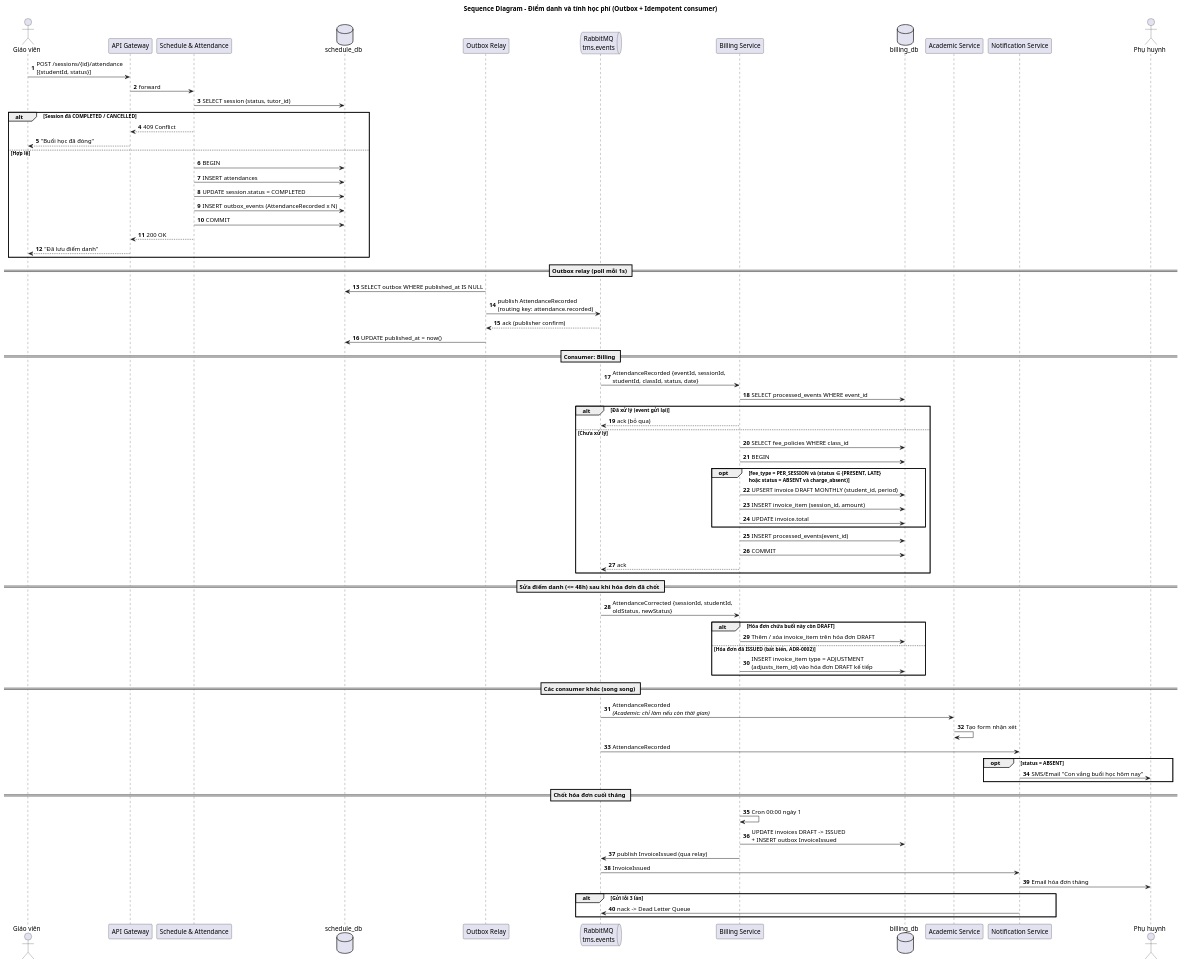
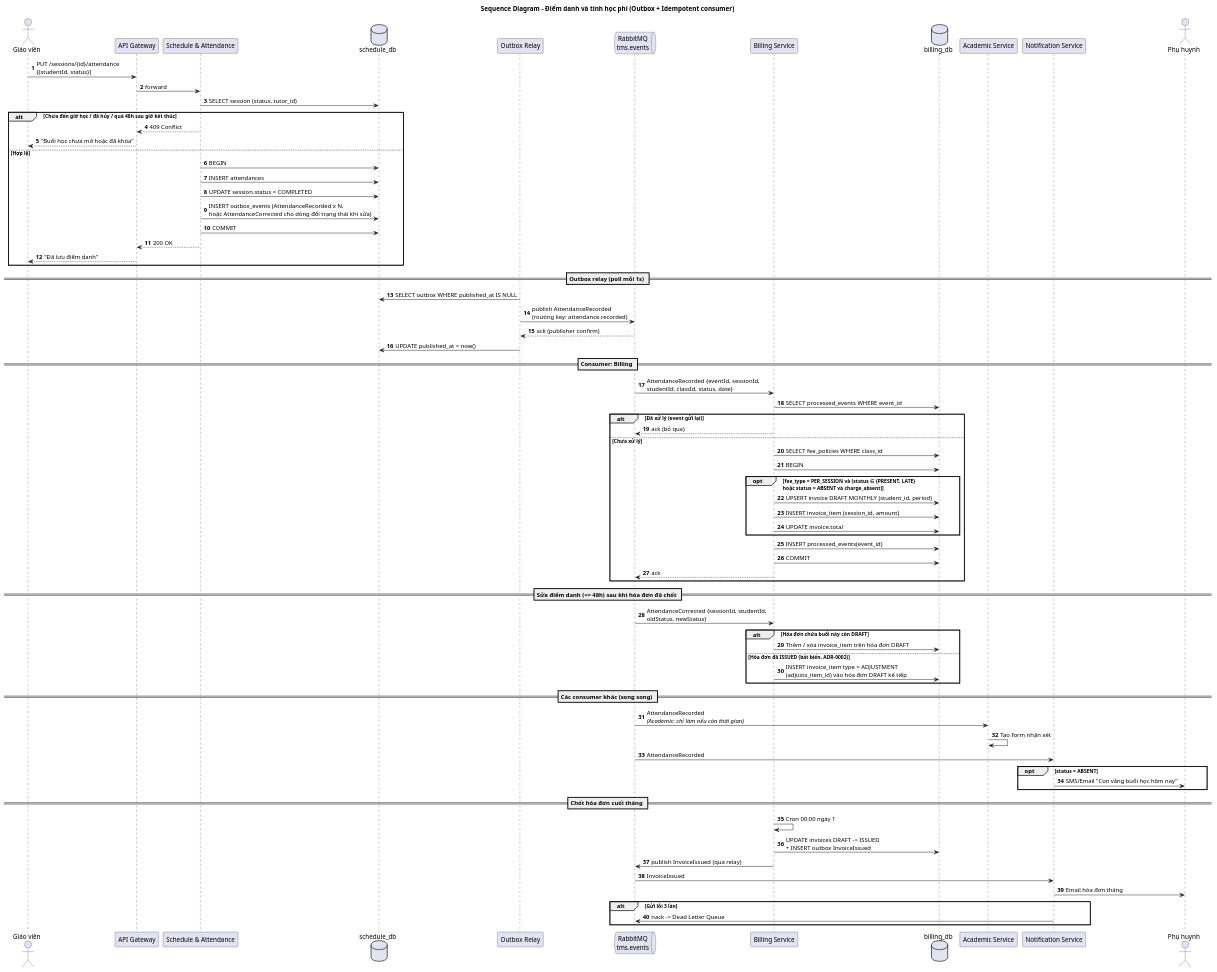
Before and after one commit to thuanbui-1203/private-tutor-management-system: the diagram in docs/diagrams/08-sequence-attendance-billing.puml, drawn with PlantUML. The commit also changed 9 other files, not shown here.

```diff
--- a/docs/diagrams/08-sequence-attendance-billing.puml
+++ b/docs/diagrams/08-sequence-attendance-billing.puml
@@ -1,85 +1,85 @@
 @startuml 08-sequence-attendance-billing
 ' Sequence diagram - Điểm danh -> Billing -> Notification (Outbox + Idempotency)
 title Sequence Diagram - Điểm danh và tính học phí (Outbox + Idempotent consumer)
 autonumber
 skinparam responseMessageBelowArrow true
 
 actor "Giáo viên" as U
 participant "API Gateway" as GW
 participant "Schedule & Attendance" as Sc
 database "schedule_db" as ScDB
 participant "Outbox Relay" as Relay
 queue "RabbitMQ\ntms.events" as MQ
 participant "Billing Service" as Bi
 database "billing_db" as BiDB
 participant "Academic Service" as Ac
 participant "Notification Service" as No
 actor "Phụ huynh" as P
 
-U -> GW : POST /sessions/{id}/attendance\n[{studentId, status}]
+U -> GW : PUT /sessions/{id}/attendance\n[{studentId, status}]
 GW -> Sc : forward
 Sc -> ScDB : SELECT session (status, tutor_id)
-alt Session đã COMPLETED / CANCELLED
+alt Chưa đến giờ học / đã hủy / quá 48h sau giờ kết thúc
   Sc --> GW : 409 Conflict
-  GW --> U : "Buổi học đã đóng"
+  GW --> U : "Buổi học chưa mở hoặc đã khóa"
 else Hợp lệ
   Sc -> ScDB : BEGIN
   Sc -> ScDB : INSERT attendances
   Sc -> ScDB : UPDATE session.status = COMPLETED
-  Sc -> ScDB : INSERT outbox_events (AttendanceRecorded x N)
+  Sc -> ScDB : INSERT outbox_events (AttendanceRecorded x N,\nhoặc AttendanceCorrected cho dòng đổi trạng thái khi sửa)
   Sc -> ScDB : COMMIT
   Sc --> GW : 200 OK
   GW --> U : "Đã lưu điểm danh"
 end
 
 == Outbox relay (poll mỗi 1s) ==
 Relay -> ScDB : SELECT outbox WHERE published_at IS NULL
 Relay -> MQ : publish AttendanceRecorded\n(routing key: attendance.recorded)
 MQ --> Relay : ack (publisher confirm)
 Relay -> ScDB : UPDATE published_at = now()
 
 == Consumer: Billing ==
 MQ -> Bi : AttendanceRecorded {eventId, sessionId,\nstudentId, classId, status, date}
 Bi -> BiDB : SELECT processed_events WHERE event_id
 alt Đã xử lý (event gửi lại)
   Bi --> MQ : ack (bỏ qua)
 else Chưa xử lý
   Bi -> BiDB : SELECT fee_policies WHERE class_id
   Bi -> BiDB : BEGIN
   opt fee_type = PER_SESSION và (status ∈ {PRESENT, LATE}\nhoặc status = ABSENT và charge_absent)
     Bi -> BiDB : UPSERT invoice DRAFT MONTHLY (student_id, period)
     Bi -> BiDB : INSERT invoice_item (session_id, amount)
     Bi -> BiDB : UPDATE invoice.total
   end
   Bi -> BiDB : INSERT processed_events(event_id)
   Bi -> BiDB : COMMIT
   Bi --> MQ : ack
 end
 
 == Sửa điểm danh (<= 48h) sau khi hóa đơn đã chốt ==
 MQ -> Bi : AttendanceCorrected {sessionId, studentId,\noldStatus, newStatus}
 alt Hóa đơn chứa buổi này còn DRAFT
   Bi -> BiDB : Thêm / xóa invoice_item trên hóa đơn DRAFT
 else Hóa đơn đã ISSUED (bất biến, ADR-0002)
   Bi -> BiDB : INSERT invoice_item type = ADJUSTMENT\n(adjusts_item_id) vào hóa đơn DRAFT kế tiếp
 end
 
 == Các consumer khác (song song) ==
 MQ -> Ac : AttendanceRecorded\n<i>(Academic: chỉ làm nếu còn thời gian)</i>
 Ac -> Ac : Tạo form nhận xét
 MQ -> No : AttendanceRecorded
 opt status = ABSENT
   No -> P : SMS/Email "Con vắng buổi học hôm nay"
 end
 
 == Chốt hóa đơn cuối tháng ==
 Bi -> Bi : Cron 00:00 ngày 1
 Bi -> BiDB : UPDATE invoices DRAFT -> ISSUED\n+ INSERT outbox InvoiceIssued
 Bi -> MQ : publish InvoiceIssued (qua relay)
 MQ -> No : InvoiceIssued
 No -> P : Email hóa đơn tháng
 alt Gửi lỗi 3 lần
   No -> MQ : nack -> Dead Letter Queue
 end
 
 @enduml
```
